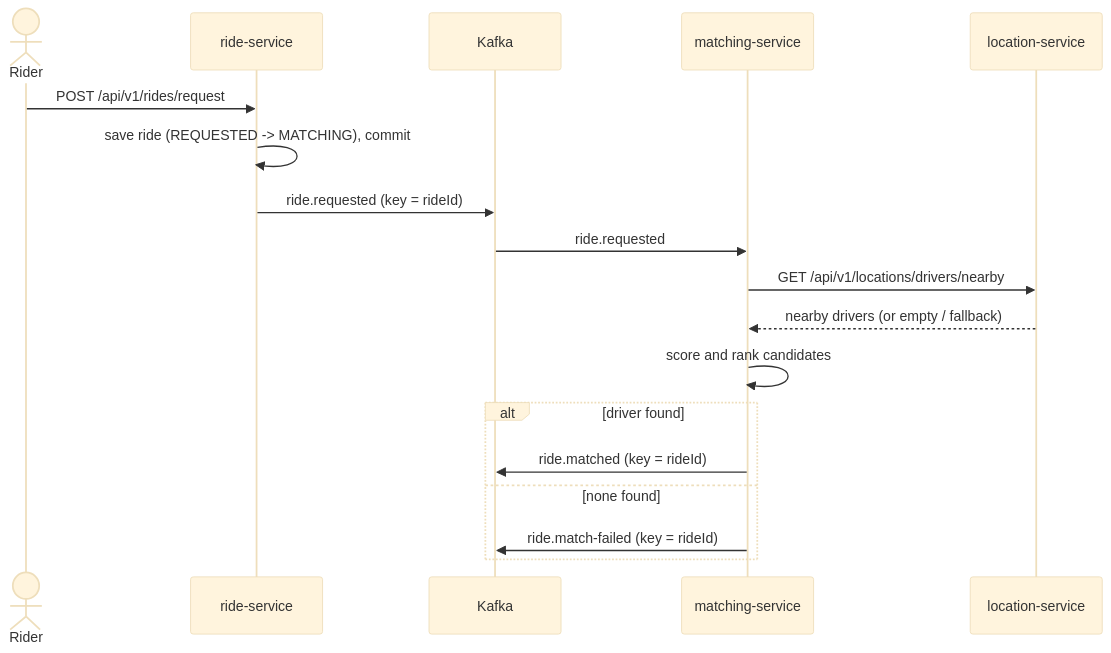
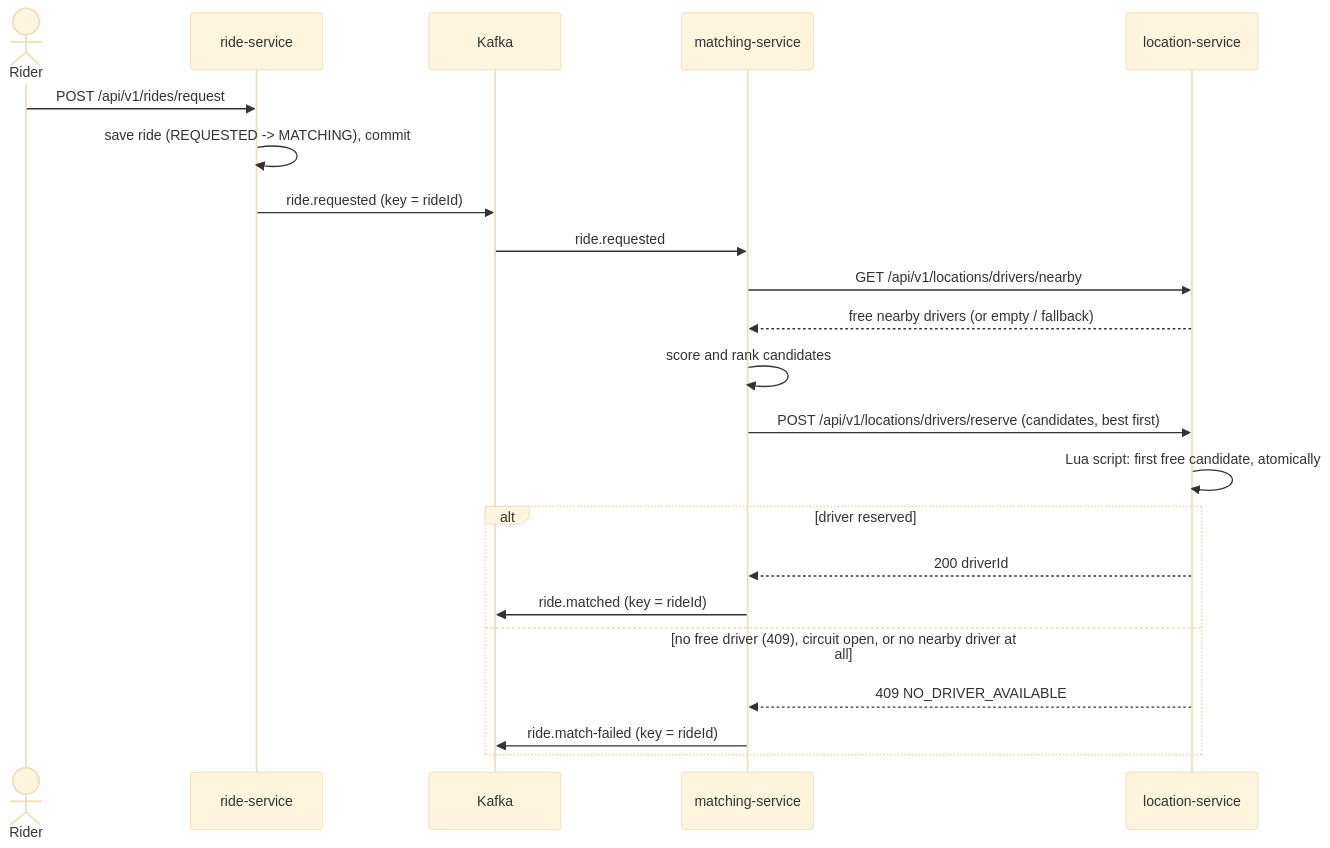
One commit to ayushstwt/rideflow-microservices changed the diagram in docs/api/matching-service.md. Above: the diagram before and after it, drawn with Mermaid (base theme). The commit also changed other lines of this file and 29 other files, not shown here.

Commit message:
feat: add atomic driver reservation via Redis Lua to prevent double-booking

````diff
--- a/docs/api/matching-service.md
+++ b/docs/api/matching-service.md
@@ -7,21 +7,25 @@
 ```mermaid
 sequenceDiagram
     actor Rider
     participant RS as ride-service
     participant K as Kafka
     participant MS as matching-service
     participant LS as location-service
 
     Rider->>RS: POST /api/v1/rides/request
     RS->>RS: save ride (REQUESTED -> MATCHING), commit
     RS->>K: ride.requested (key = rideId)
     K->>MS: ride.requested
     MS->>LS: GET /api/v1/locations/drivers/nearby
-    LS-->>MS: nearby drivers (or empty / fallback)
+    LS-->>MS: free nearby drivers (or empty / fallback)
     MS->>MS: score and rank candidates
-    alt driver found
+    MS->>LS: POST /api/v1/locations/drivers/reserve (candidates, best first)
+    LS->>LS: Lua script: first free candidate, atomically
+    alt driver reserved
+        LS-->>MS: 200 driverId
         MS->>K: ride.matched (key = rideId)
-    else none found
+    else no free driver (409), circuit open, or no nearby driver at all
+        LS-->>MS: 409 NO_DRIVER_AVAILABLE
         MS->>K: ride.match-failed (key = rideId)
     end
 ```
````
